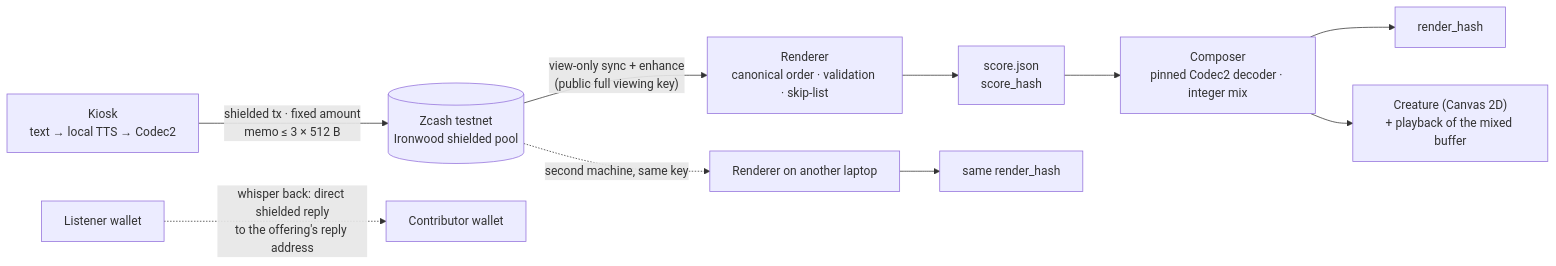
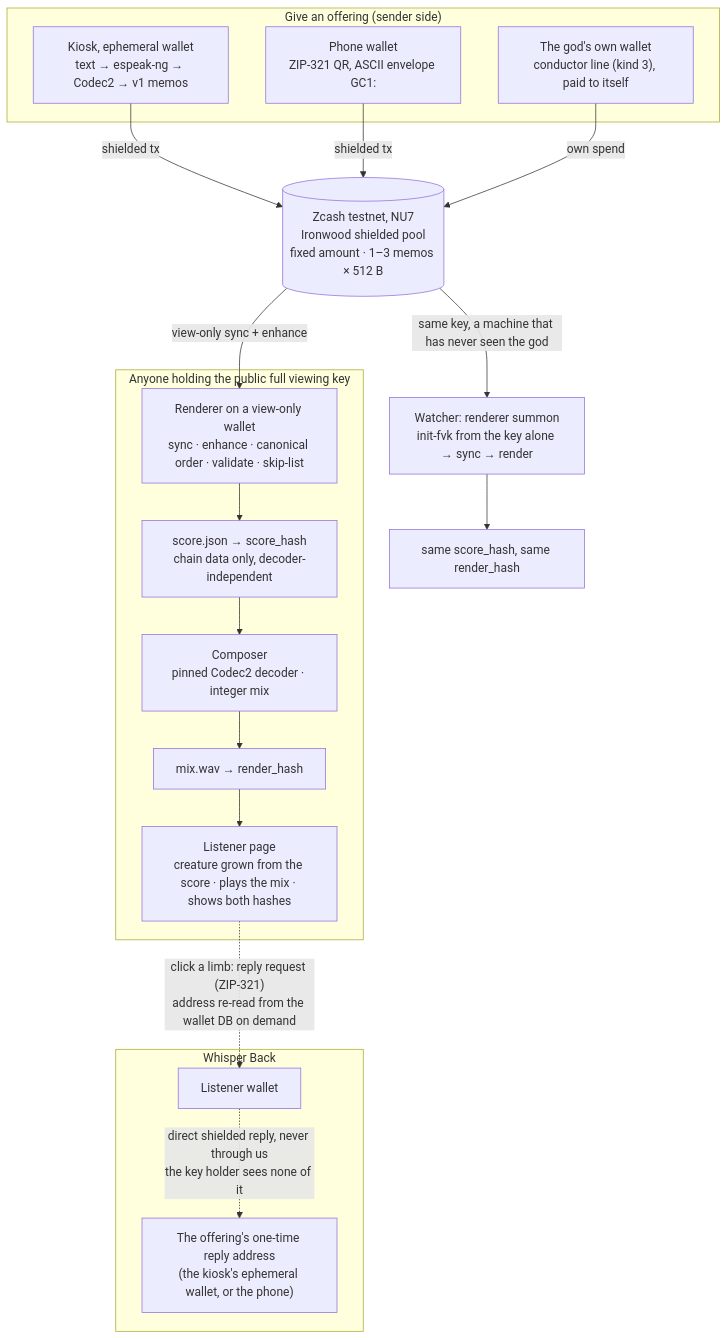
The diagram in README.md (agadape/choronzon), drawn with Mermaid before and after one commit. The commit also changed other lines of this file and 1 other file, not shown here.

````diff
--- a/README.md
+++ b/README.md
@@ -39,12 +51,27 @@
 ```mermaid
-flowchart LR
-    K["Kiosk<br/>text → local TTS → Codec2"] -->|"shielded tx · fixed amount<br/>memo ≤ 3 × 512 B"| Z[("Zcash testnet<br/>Ironwood shielded pool")]
-    Z -->|"view-only sync + enhance<br/>(public full viewing key)"| R["Renderer<br/>canonical order · validation · skip-list"]
-    R --> S["score.json<br/>score_hash"]
-    S --> C["Composer<br/>pinned Codec2 decoder · integer mix"]
-    C --> H["render_hash"]
-    C --> G["Creature (Canvas 2D)<br/>+ playback of the mixed buffer"]
-    Z -.->|"second machine, same key"| R2["Renderer on another laptop"]
-    R2 --> H2["same render_hash"]
-    L["Listener wallet"] -.->|"whisper back: direct shielded reply<br/>to the offering's reply address"| A["Contributor wallet"]
+flowchart TB
+    subgraph give ["Give an offering (sender side)"]
+        K["Kiosk, ephemeral wallet<br/>text → espeak-ng → Codec2 → v1 memos"]
+        P["Phone wallet<br/>ZIP-321 QR, ASCII envelope GC1:"]
+        B["The god's own wallet<br/>conductor line (kind 3), paid to itself"]
+    end
+    Z[("Zcash testnet, NU7<br/>Ironwood shielded pool<br/>fixed amount · 1–3 memos × 512 B")]
+    K -->|"shielded tx"| Z
+    P -->|"shielded tx"| Z
+    B -->|"own spend"| Z
+    subgraph hear ["Anyone holding the public full viewing key"]
+        R["Renderer on a view-only wallet<br/>sync · enhance · canonical order · validate · skip-list"]
+        S["score.json → score_hash<br/>chain data only, decoder-independent"]
+        C["Composer<br/>pinned Codec2 decoder · integer mix"]
+        H["mix.wav → render_hash"]
+        W["Listener page<br/>creature grown from the score · plays the mix · shows both hashes"]
+        R --> S --> C --> H --> W
+    end
+    Z -->|"view-only sync + enhance"| R
+    Z -->|"same key, a machine that has never seen the god"| R2["Watcher: renderer summon<br/>init-fvk from the key alone → sync → render"]
+    R2 --> H2["same score_hash, same render_hash"]
+    subgraph wb ["Whisper Back"]
+        L["Listener wallet"] -.->|"direct shielded reply, never through us<br/>the key holder sees none of it"| A["The offering's one-time reply address<br/>(the kiosk's ephemeral wallet, or the phone)"]
+    end
+    W -.->|"click a limb: reply request (ZIP-321)<br/>address re-read from the wallet DB on demand"| L
 ```
````
